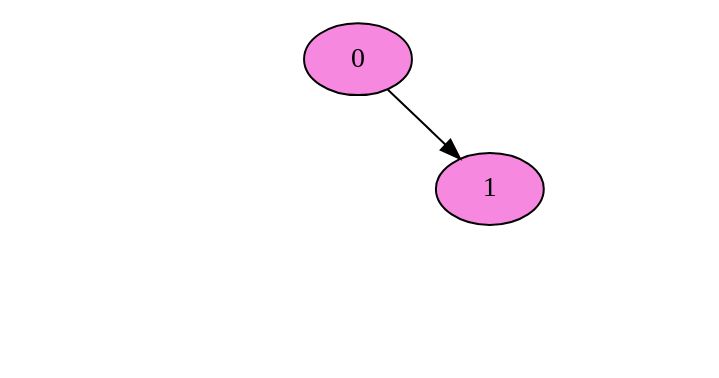
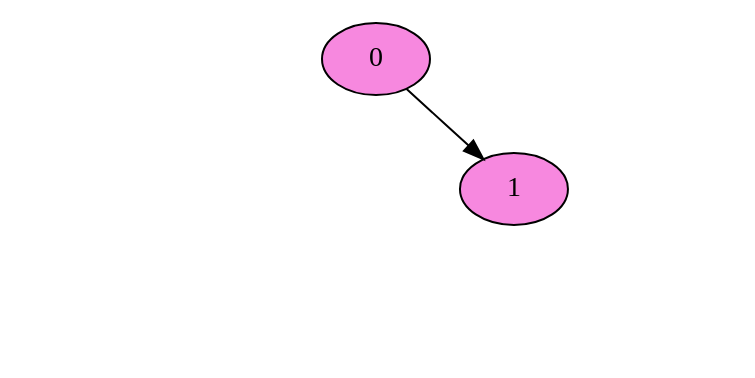
Before and after one commit to Serch-ING/EDD_UDRAWING_202000119: the diagram in FASE 2/Grafico/3_ArbolCapas.dot, drawn with Graphviz. The commit also changed 17 other files, not shown here.

```diff
--- a/FASE 2/Grafico/3_ArbolCapas.dot
+++ b/FASE 2/Grafico/3_ArbolCapas.dot
@@ -1,15 +1,15 @@
 digraph G {
 nodesep=0; 
 ranksep=0.4;
 node[style = filled fillcolor="#F788DF"];
 	NodoABB0[ label="0"  ];
-Invisible603712984[style=invis];
-NodoABB0-> Invisible603712984[arrowsize=0 style= invisible] 
+Invisible1607531427[style=invis];
+NodoABB0-> Invisible1607531427[arrowsize=0 style= invisible] 
 	NodoABB1[ label="1" ];
 NodoABB0->NodoABB1
 	NodoABB1[ label="1"  ];
-Invisible985115094[style=invis];
-NodoABB1-> Invisible985115094[arrowsize=0 style= invisible] 
-Invisible985115094[style=invis];
-NodoABB1-> Invisible985115094[arrowsize=0 style= invisible] 
+Invisible2050560346[style=invis];
+NodoABB1-> Invisible2050560346[arrowsize=0 style= invisible] 
+Invisible2050560346[style=invis];
+NodoABB1-> Invisible2050560346[arrowsize=0 style= invisible] 
 }
```
